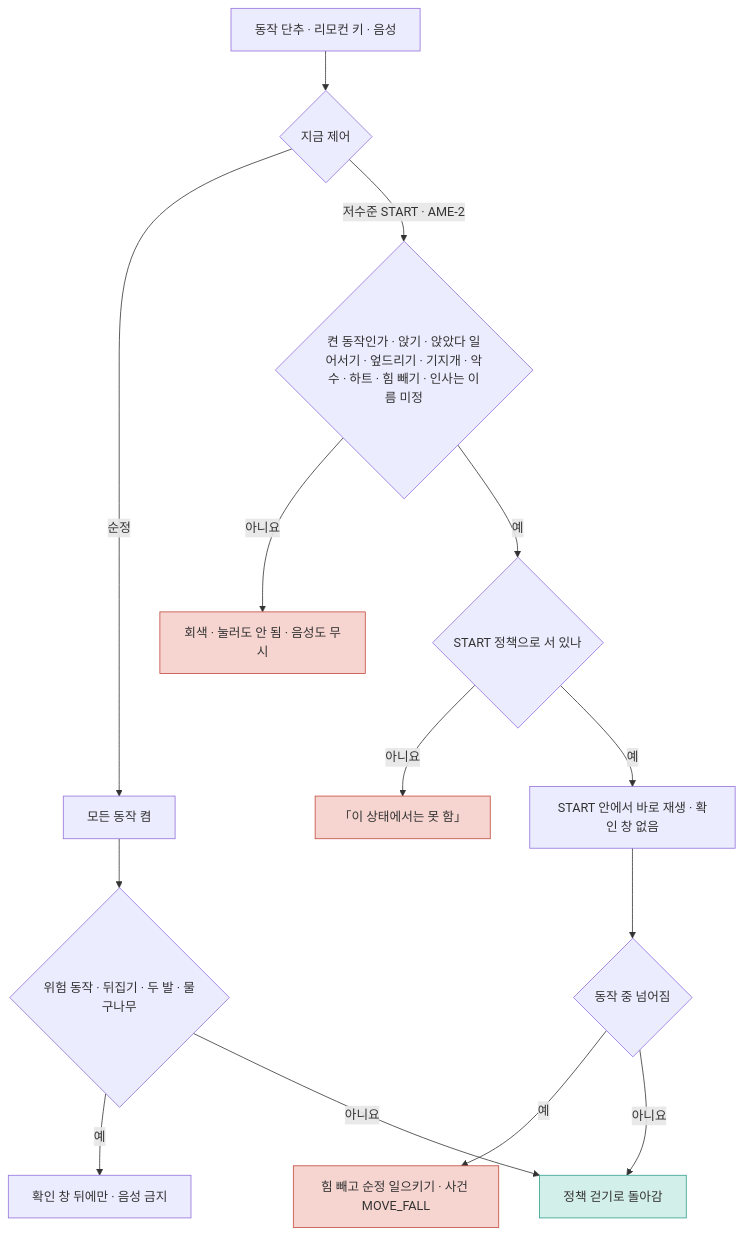
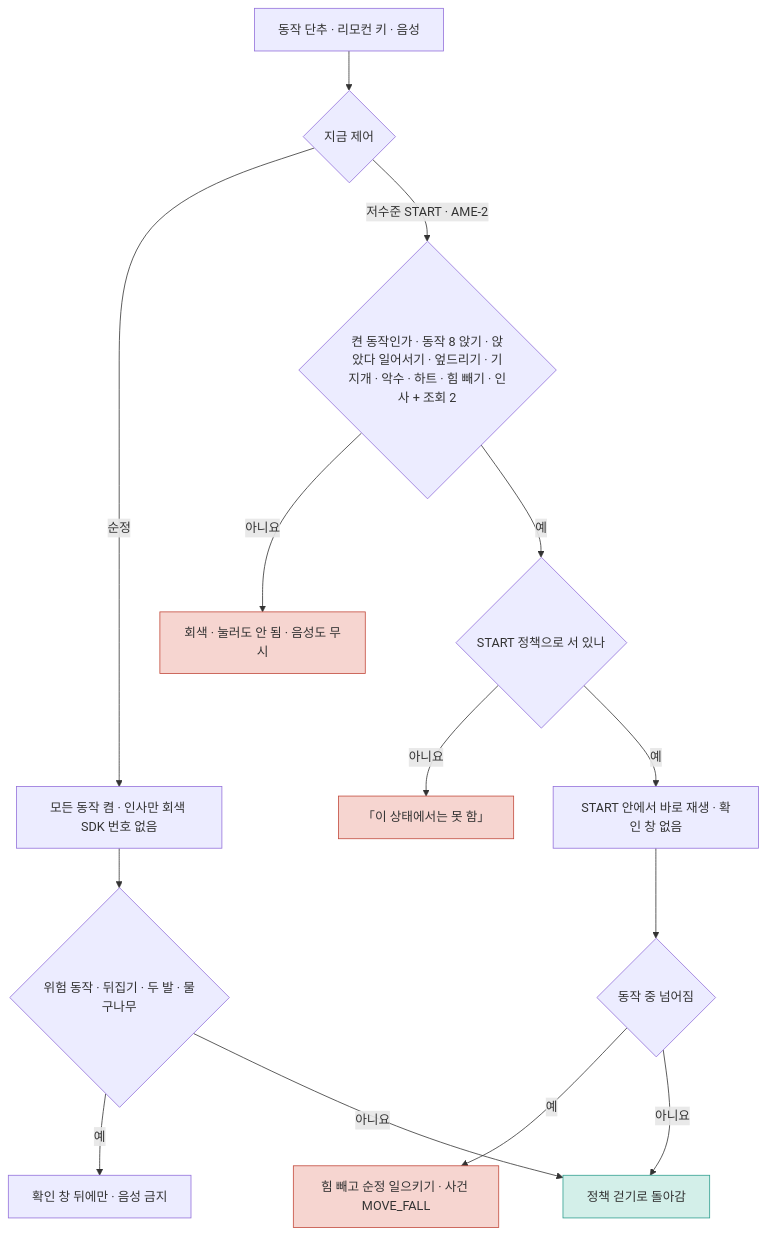
Before and after one commit to foothold-project/foothold-lab: the sixth of 8 diagrams in inbox/jay/20261119-app-design/FLOWS.md, drawn with Mermaid. The commit also changed other lines of this file, not shown here.

Commit message:
docs(app): 동작 단추 흐름 켬 8 + 조회 2 · 순정 인사 회색

````diff
--- a/inbox/jay/20261119-app-design/FLOWS.md
+++ b/inbox/jay/20261119-app-design/FLOWS.md
@@ -125,18 +125,18 @@
 ```mermaid
 flowchart TD
   A[동작 단추 · 리모컨 키 · 음성] --> B{지금 제어}
-  B -->|순정| C[모든 동작 켬]
-  B -->|저수준 START · AME-2| D{켠 동작인가 · 앉기 · 앉았다 일어서기 · 엎드리기 · 기지개 · 악수 · 하트 · 힘 빼기 · 인사는 이름 미정}
+  B -->|순정| C[모든 동작 켬 · 인사만 회색 SDK 번호 없음]
+  B -->|저수준 START · AME-2| D{켠 동작인가 · 동작 8 앉기 · 앉았다 일어서기 · 엎드리기 · 기지개 · 악수 · 하트 · 힘 빼기 · 인사 + 조회 2}
   D -->|아니요| E[회색 · 눌러도 안 됨 · 음성도 무시]:::bad
   D -->|예| F{START 정책으로 서 있나}
   F -->|아니요| G[「이 상태에서는 못 함」]:::bad
   F -->|예| H[START 안에서 바로 재생 · 확인 창 없음]
   H --> I{동작 중 넘어짐}
   I -->|예| J[힘 빼고 순정 일으키기 · 사건 MOVE_FALL]:::bad
   I -->|아니요| K[정책 걷기로 돌아감]:::ok
   C --> L{위험 동작 · 뒤집기 · 두 발 · 물구나무}
   L -->|예| M[확인 창 뒤에만 · 음성 금지]
   L -->|아니요| K
   classDef bad fill:#f6d5d0,stroke:#c2493b
   classDef ok fill:#d3efe9,stroke:#2f9e8f
 ```
````
